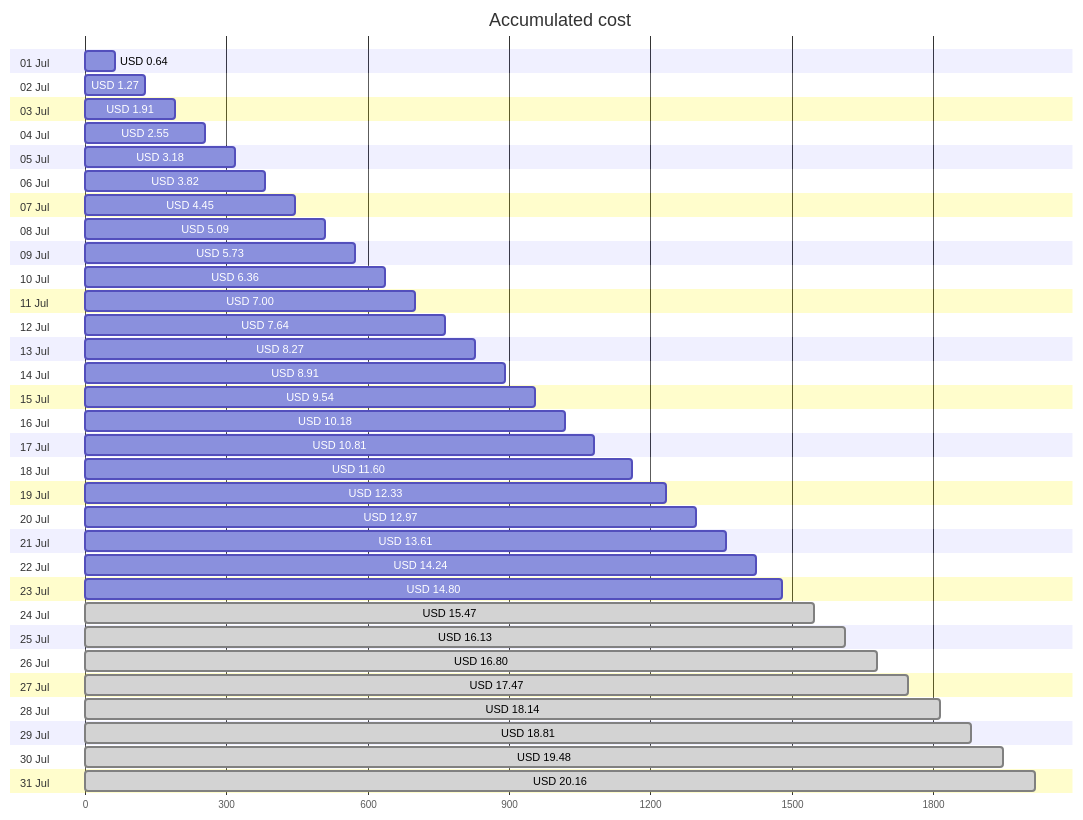
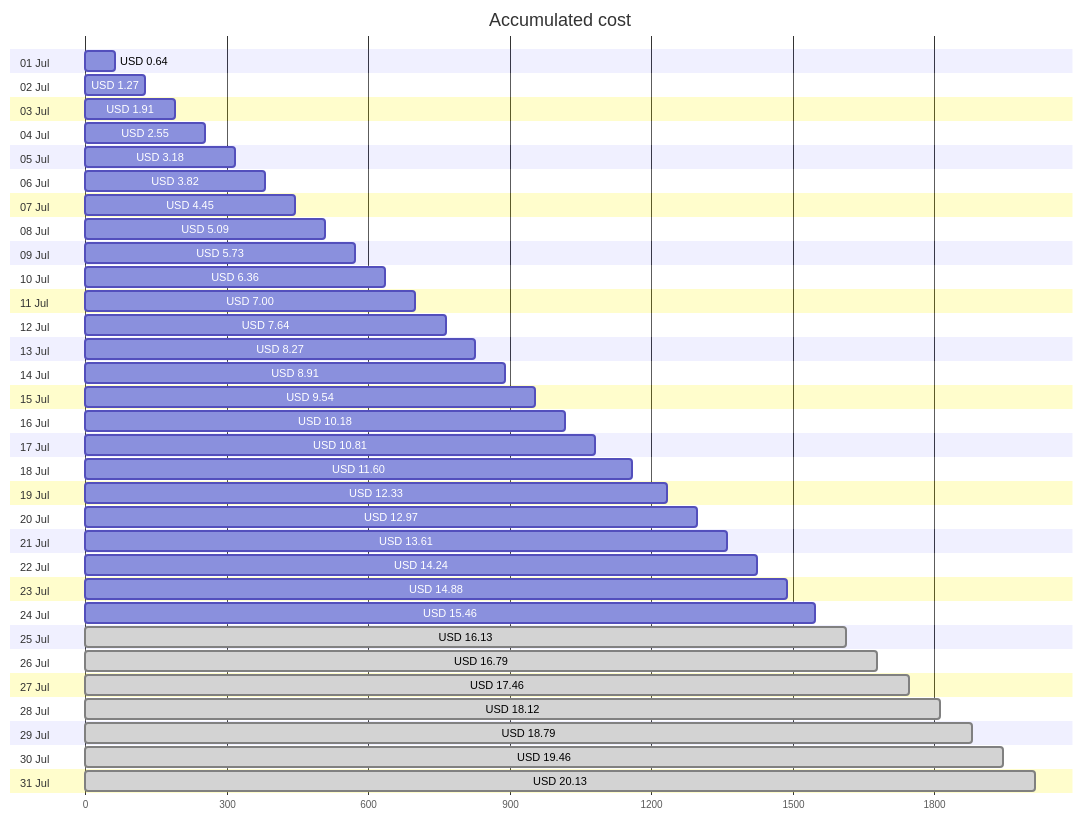
The first of 4 diagrams in cost-reports/accumulated-cost.md (jpfulton/azure-personal-reports), drawn with Mermaid before and after one commit. The commit also changed other lines of this file and 4 other files, not shown here.

````diff
--- a/cost-reports/accumulated-cost.md
+++ b/cost-reports/accumulated-cost.md
@@ -20,68 +20,68 @@
 ```mermaid
 gantt
    title Accumulated cost
    dateFormat  X
    axisFormat %s
    section 01 Jul
    USD 0.64 :0, 64
    section 02 Jul
    USD 1.27 :0, 127
    section 03 Jul
    USD 1.91 :0, 191
    section 04 Jul
    USD 2.55 :0, 255
    section 05 Jul
    USD 3.18 :0, 318
    section 06 Jul
    USD 3.82 :0, 382
    section 07 Jul
    USD 4.45 :0, 445
    section 08 Jul
    USD 5.09 :0, 509
    section 09 Jul
    USD 5.73 :0, 573
    section 10 Jul
    USD 6.36 :0, 636
    section 11 Jul
    USD 7.00 :0, 700
    section 12 Jul
    USD 7.64 :0, 764
    section 13 Jul
    USD 8.27 :0, 827
    section 14 Jul
    USD 8.91 :0, 891
    section 15 Jul
    USD 9.54 :0, 954
    section 16 Jul
    USD 10.18 :0, 1018
    section 17 Jul
    USD 10.81 :0, 1081
    section 18 Jul
    USD 11.60 :0, 1160
    section 19 Jul
    USD 12.33 :0, 1233
    section 20 Jul
    USD 12.97 :0, 1297
    section 21 Jul
    USD 13.61 :0, 1361
    section 22 Jul
    USD 14.24 :0, 1424
    section 23 Jul
-   USD 14.80 :0, 1480
+   USD 14.88 :0, 1488
    section 24 Jul
-   USD 15.47 : done, 0, 1547
+   USD 15.46 :0, 1546
    section 25 Jul
    USD 16.13 : done, 0, 1613
    section 26 Jul
-   USD 16.80 : done, 0, 1680
+   USD 16.79 : done, 0, 1679
    section 27 Jul
-   USD 17.47 : done, 0, 1747
+   USD 17.46 : done, 0, 1746
    section 28 Jul
-   USD 18.14 : done, 0, 1814
+   USD 18.12 : done, 0, 1812
    section 29 Jul
-   USD 18.81 : done, 0, 1881
+   USD 18.79 : done, 0, 1879
    section 30 Jul
-   USD 19.48 : done, 0, 1948
+   USD 19.46 : done, 0, 1946
    section 31 Jul
-   USD 20.16 : done, 0, 2016
+   USD 20.13 : done, 0, 2013
 ```
````
